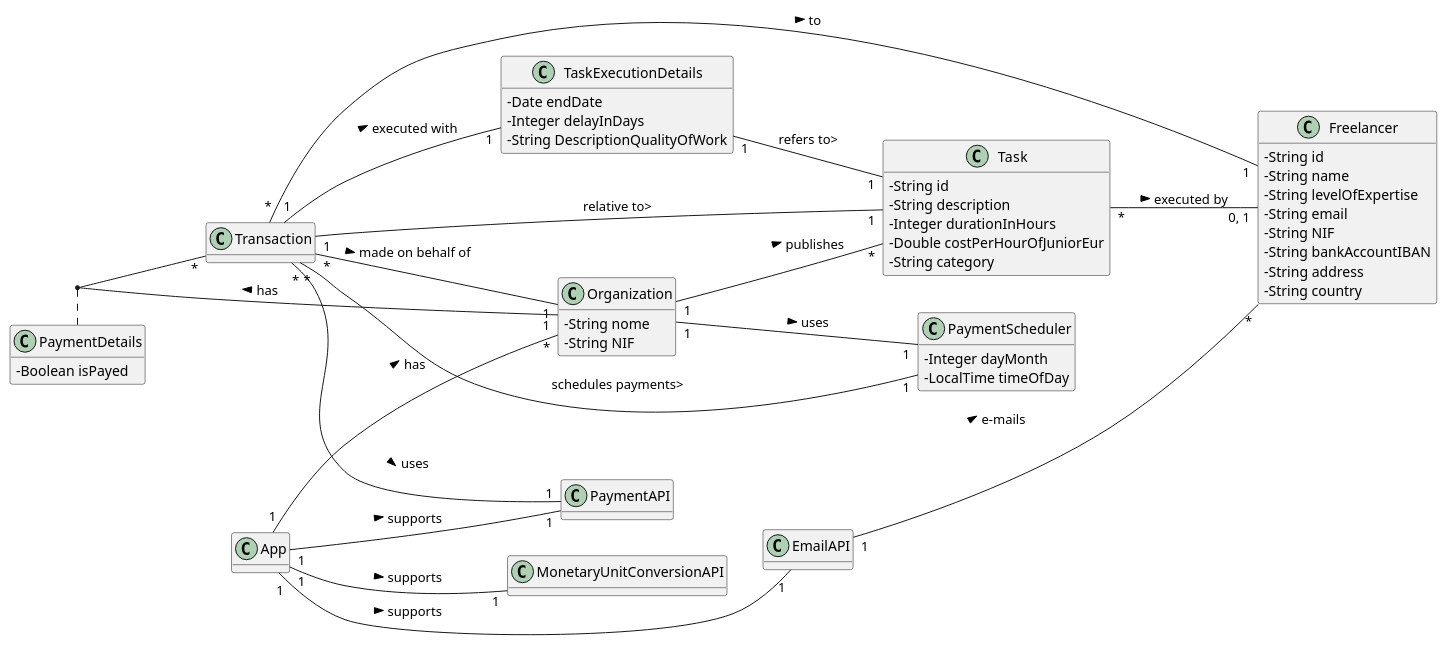
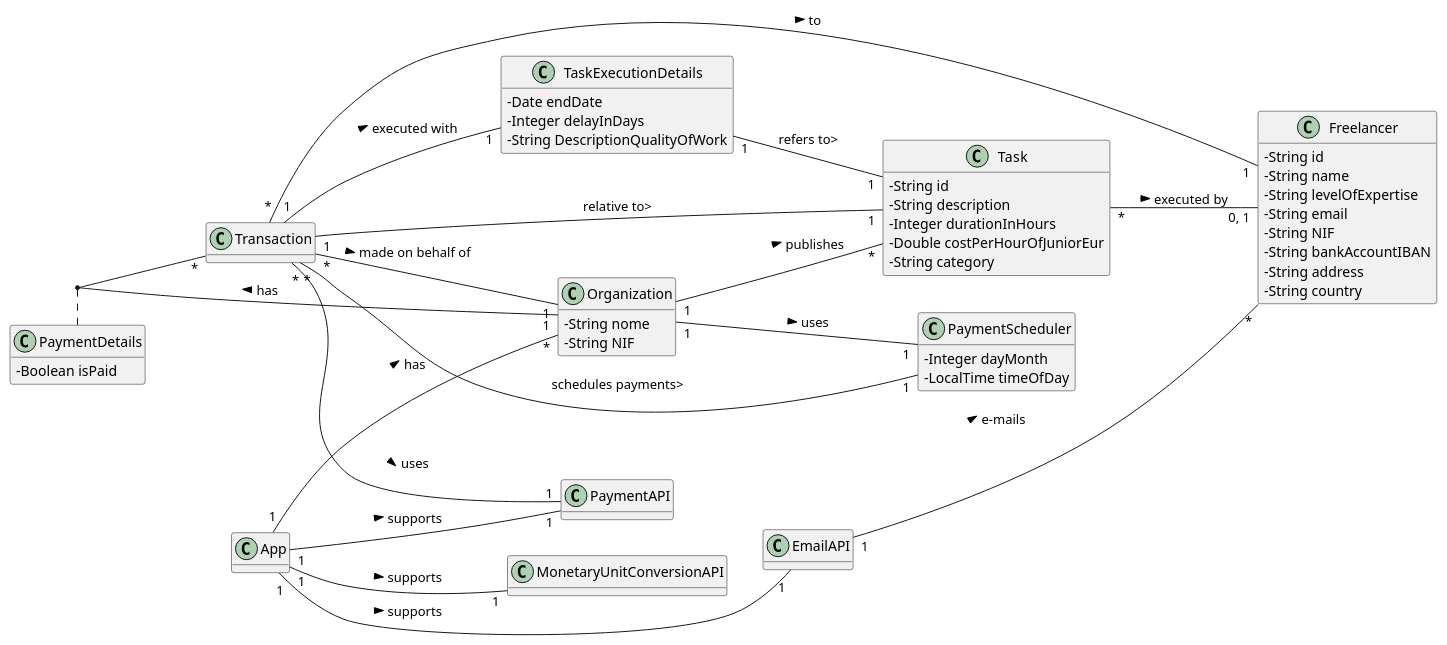
The diagram in docs/UC_06/MD.puml (botelho-io/lapr2-2020-g029), drawn with PlantUML before and after one commit. The commit also changed 23 other files, not shown here.

Commit message:
Spelling fixes "payed" ---> "paid"

```diff
--- a/docs/UC_06/MD.puml
+++ b/docs/UC_06/MD.puml
@@ -1,73 +1,73 @@
 @startuml MD
 
 skinparam classAttributeIconSize 0
 hide methods
 left to right direction
 
 class Transaction {
 
 }
 
 class PaymentScheduler {
         - Integer dayMonth
         - LocalTime timeOfDay
 }
 
 class Organization {
         - String nome
         - String NIF
 }
 
 class TaskExecutionDetails {
         - Date endDate
         - Integer delayInDays
         - String DescriptionQualityOfWork
 }
 
 class App {
 
 }
 
 class Freelancer {
         - String id
         - String name
         - String levelOfExpertise
         - String email
         - String NIF
         - String bankAccountIBAN
         - String address
         - String country
 }
 
 class Task {
         - String id
         - String description
         - Integer durationInHours
         - Double costPerHourOfJuniorEur
         - String category
 }
 
 class PaymentDetails {
-        - Boolean isPayed
+        - Boolean isPaid
 }
 
 Transaction                  "1" -- "1"      Task                      : relative to>
 Transaction                  "*" -- "1"      Freelancer                : to >
 Transaction                  "*" -- "1"      PaymentAPI                : uses >
 Transaction                  "*" -- "1"      Organization              : made on behalf of >
 Transaction                  "1" -- "1"      TaskExecutionDetails      : executed with >
 TaskExecutionDetails         "1" -- "1"      Task                      : refers to>
 PaymentScheduler             "1" -- "*"      Transaction               : schedules payments>
 Organization                 "1" -- "1"      PaymentScheduler          : uses >
 Organization                 "1" -- "*"      Task                      : publishes >
 Organization                 "1" -- "*"      Transaction               : has >
 Task                         "*" -- "0, 1"   Freelancer                : executed by >
 App                          "1" -- "1"      MonetaryUnitConversionAPI : supports >
 App                          "1" -- "*"      Organization              : has >
 App                          "1" -- "1"      EmailAPI                  : supports >
 App                          "1" -- "1"      PaymentAPI                : supports >
 EmailAPI                     "1" -- "*"      Freelancer                : e-mails >
 (Organization, Transaction)      ..          PaymentDetails
 
 
 @enduml
```
